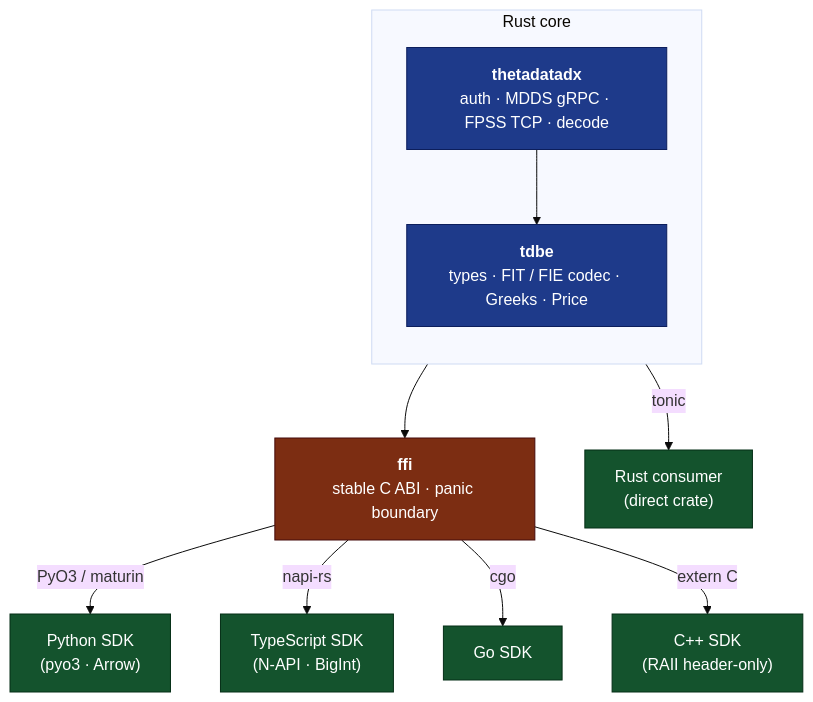
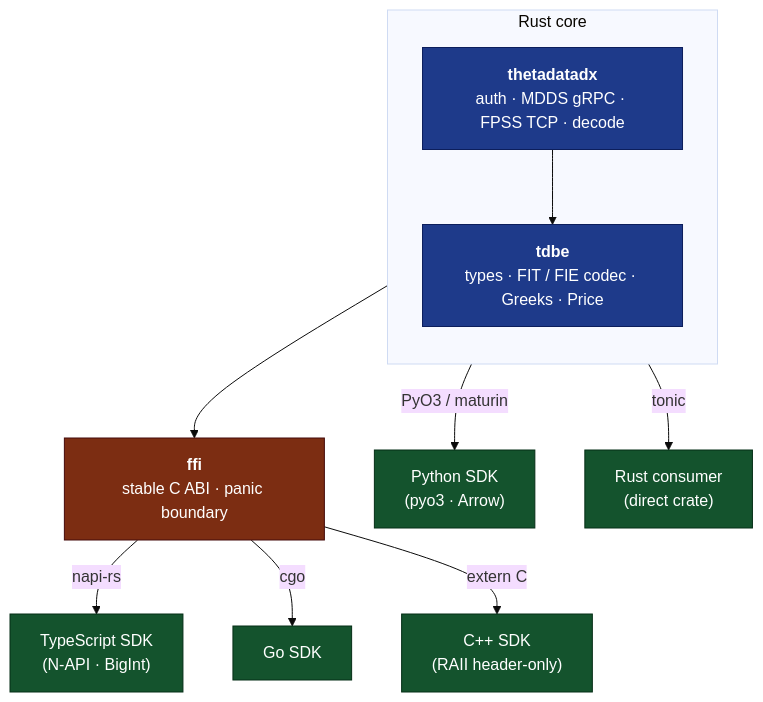
One commit to userFRM/ThetaDataDx changed the diagram in README.md. Above: the diagram before and after it, drawn with Mermaid (base theme). The commit also changed other lines of this file and 97 other files, not shown here.

````diff
--- a/README.md
+++ b/README.md
@@ -201,25 +190,25 @@
 ```mermaid
 flowchart TB
     subgraph core["Rust core"]
         direction TB
         thetadatadx["<b>thetadatadx</b><br/>auth · MDDS gRPC · FPSS TCP · decode"]
         tdbe["<b>tdbe</b><br/>types · FIT / FIE codec · Greeks · Price"]
         thetadatadx --> tdbe
     end
 
     ffi["<b>ffi</b><br/>stable C ABI · panic boundary"]
     core --> ffi
 
-    ffi -->|PyO3 / maturin| python["Python SDK<br/>(pyo3 · Arrow)"]
+    core -->|PyO3 / maturin| python["Python SDK<br/>(pyo3 · Arrow)"]
     ffi -->|napi-rs| ts["TypeScript SDK<br/>(N-API · BigInt)"]
     ffi -->|cgo| go["Go SDK"]
     ffi -->|extern C| cpp["C++ SDK<br/>(RAII header-only)"]
     core -->|tonic| rust["Rust consumer<br/>(direct crate)"]
 
     classDef coreStyle fill:#1e3a8a,stroke:#0c1e5c,color:#fff
     classDef ffiStyle fill:#7c2d12,stroke:#450a0a,color:#fff
     classDef sdkStyle fill:#14532d,stroke:#052e16,color:#fff
     class thetadatadx,tdbe coreStyle
     class ffi ffiStyle
     class python,ts,go,cpp,rust sdkStyle
 ```
````
